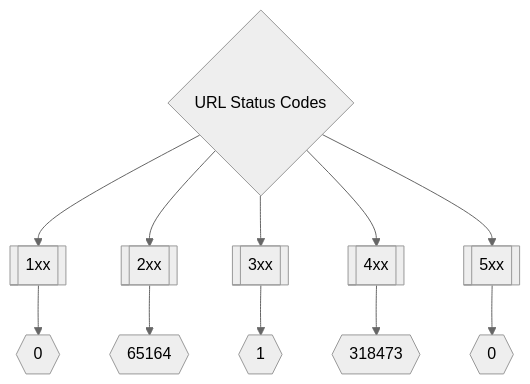
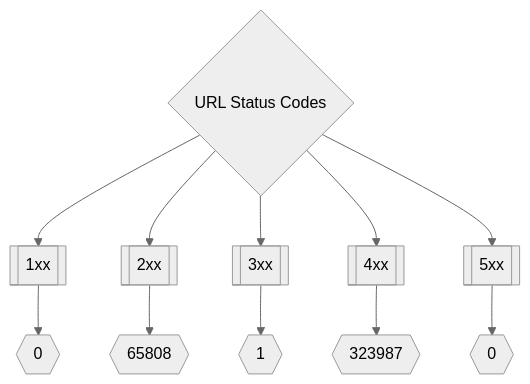
One commit to trickest/inventory changed the second of 3 diagrams in README.md. Above: the diagram before and after it, drawn with Mermaid (neutral theme). The commit also changed other lines of this file, not shown here.

Commit message:
Update Sun Apr 24 01:58:38 UTC 2022

````diff
--- a/README.md
+++ b/README.md
@@ -173,8 +173,8 @@
 ```mermaid
 graph TD
 title{URL Status Codes} --> 1xx[[1xx]] --> status1xxNum{{0}}
-title --> 2xx[[2xx]] --> status2xxNum{{65164}}
+title --> 2xx[[2xx]] --> status2xxNum{{65808}}
 title --> 3xx[[3xx]] --> status3xxNum{{1}}
-title --> 4xx[[4xx]] --> status4xxNum{{318473}}
+title --> 4xx[[4xx]] --> status4xxNum{{323987}}
 title --> 5xx[[5xx]] --> status5xxNum{{0}}
 ```
````
